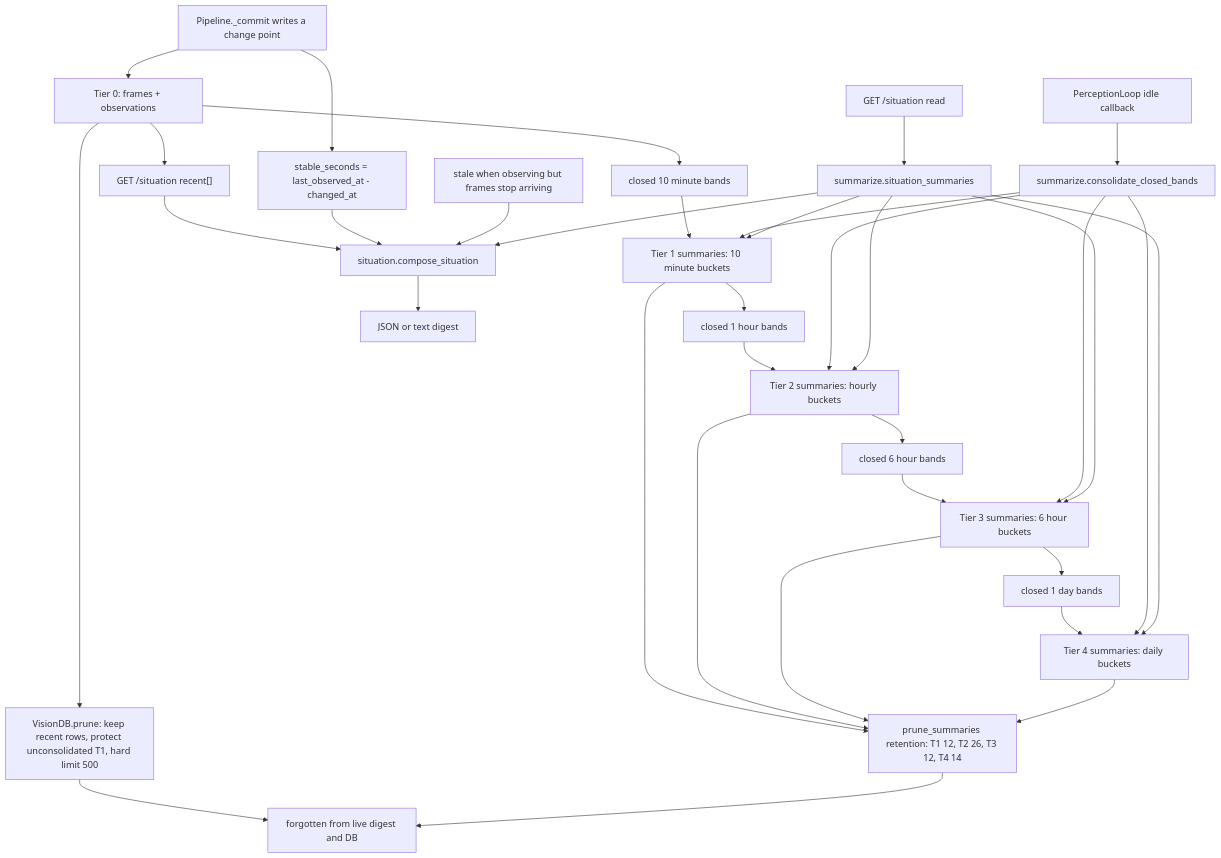
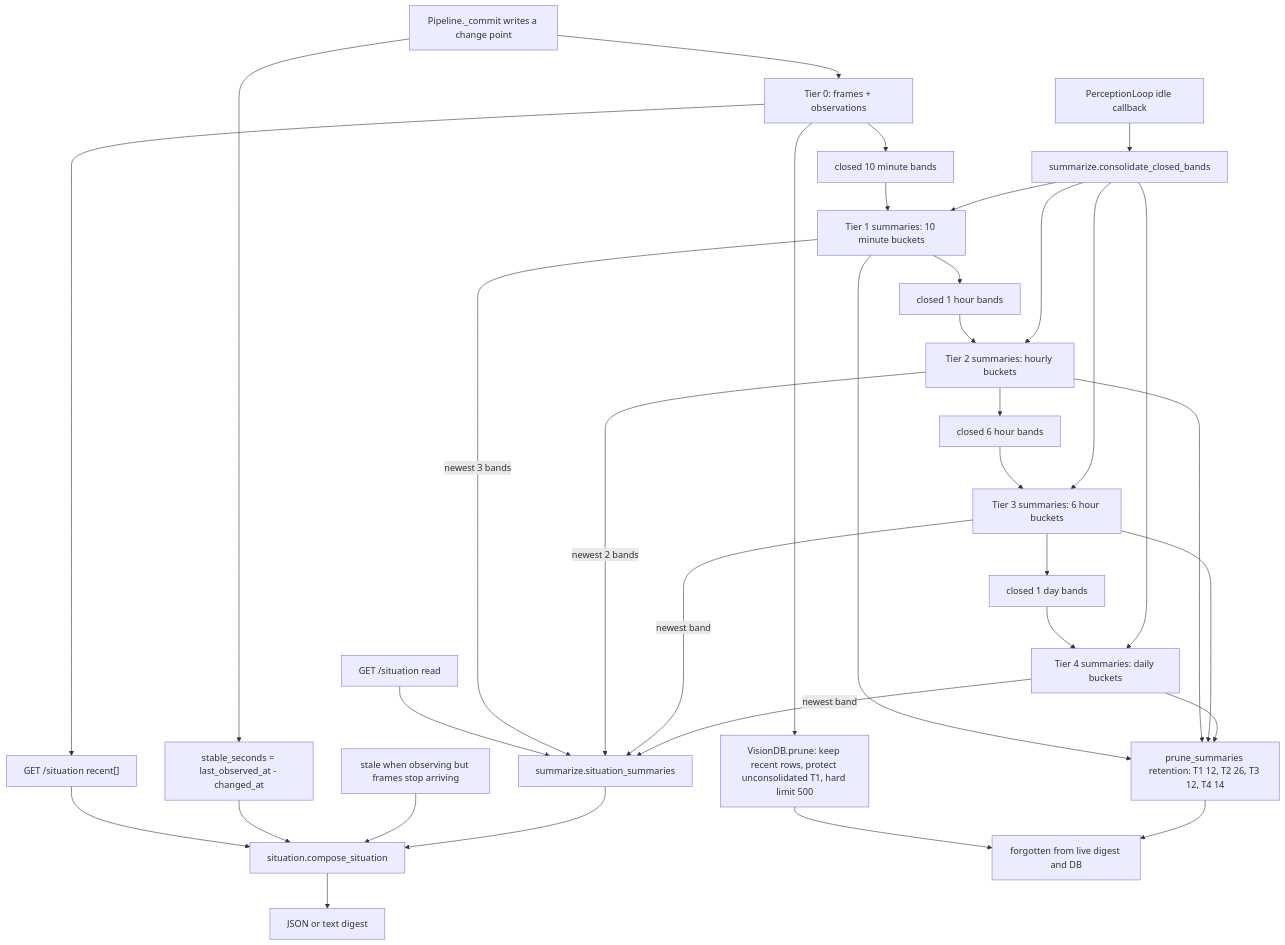
Before and after one commit to amariichi/MinimumHeadroom: the second of 3 diagrams in doc/guides/m12-vision.md, drawn with Mermaid.

Commit message:
docs: m12-vision diagram - draw tier reads as data flow into the digest
Claude-Session: https://claude.ai/code/session_01X76UNTMQk8kpbhXXgZHPUj

````diff
--- a/doc/guides/m12-vision.md
+++ b/doc/guides/m12-vision.md
@@ -104,59 +104,59 @@
 ```mermaid
 flowchart TB
   Commit["Pipeline._commit writes a change point"]
   T0["Tier 0: frames + observations"]
   Recent["GET /situation recent[]"]
   Stable["stable_seconds = last_observed_at - changed_at"]
   Stale["stale when observing but frames stop arriving"]
 
   Band1["closed 10 minute bands"]
   T1["Tier 1 summaries: 10 minute buckets"]
   Band2["closed 1 hour bands"]
   T2["Tier 2 summaries: hourly buckets"]
   Band3["closed 6 hour bands"]
   T3["Tier 3 summaries: 6 hour buckets"]
   Band4["closed 1 day bands"]
   T4["Tier 4 summaries: daily buckets"]
   Idle["PerceptionLoop idle callback"]
   Read["GET /situation read"]
   Consolidate["summarize.consolidate_closed_bands"]
   SituationSummaries["summarize.situation_summaries"]
   Compose["situation.compose_situation"]
   Render["JSON or text digest"]
   PruneRaw["VisionDB.prune: keep recent rows, protect unconsolidated T1, hard limit 500"]
   PruneSummaries["prune_summaries retention: T1 12, T2 26, T3 12, T4 14"]
   Forgotten["forgotten from live digest and DB"]
   Commit --> T0
   Commit --> Stable
   T0 --> Recent
   T0 --> Band1
   Band1 --> T1
   T1 --> Band2
   Band2 --> T2
   T2 --> Band3
   Band3 --> T3
   T3 --> Band4
   Band4 --> T4
   Idle --> Consolidate
   Consolidate --> T1
   Consolidate --> T2
   Consolidate --> T3
   Consolidate --> T4
   Read --> SituationSummaries
-  SituationSummaries --> T1
-  SituationSummaries --> T2
-  SituationSummaries --> T3
-  SituationSummaries --> T4
+  T1 -- "newest 3 bands" --> SituationSummaries
+  T2 -- "newest 2 bands" --> SituationSummaries
+  T3 -- "newest band" --> SituationSummaries
+  T4 -- "newest band" --> SituationSummaries
   Recent --> Compose
   Stable --> Compose
   Stale --> Compose
   SituationSummaries --> Compose
   Compose --> Render
   T0 --> PruneRaw
   T1 --> PruneSummaries
   T2 --> PruneSummaries
   T3 --> PruneSummaries
   T4 --> PruneSummaries
   PruneRaw --> Forgotten
   PruneSummaries --> Forgotten
 ```
````
